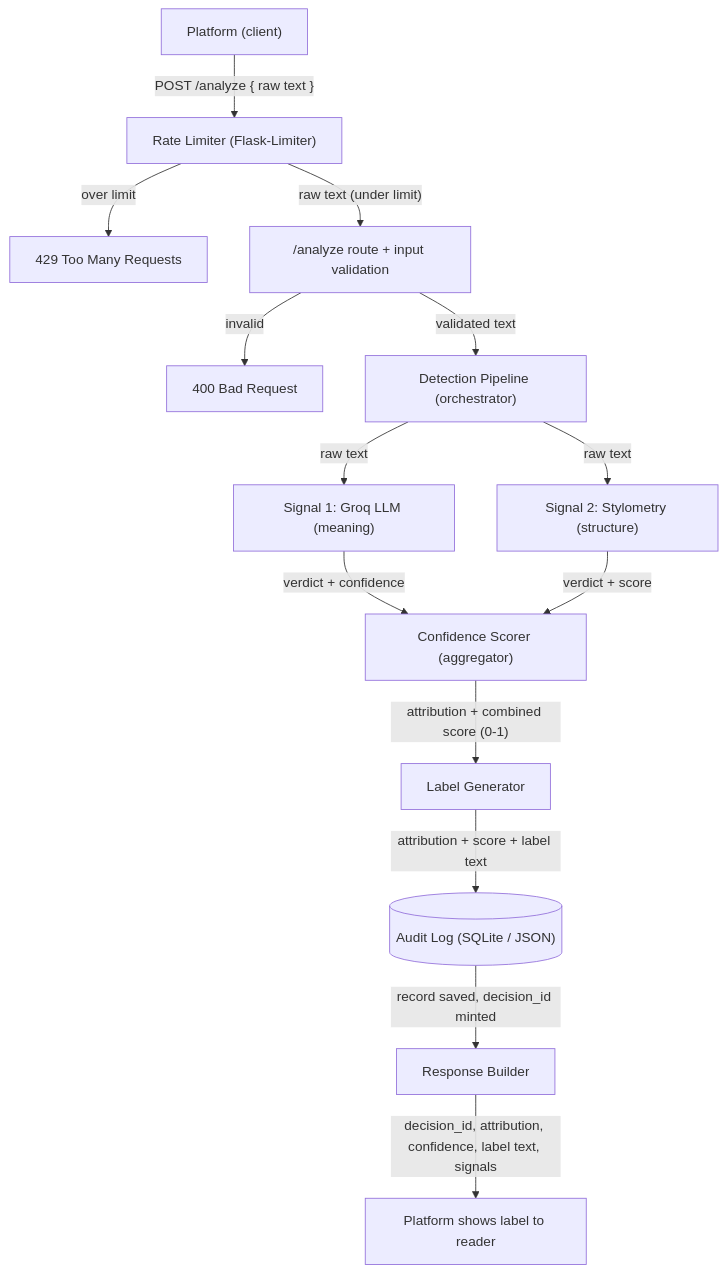
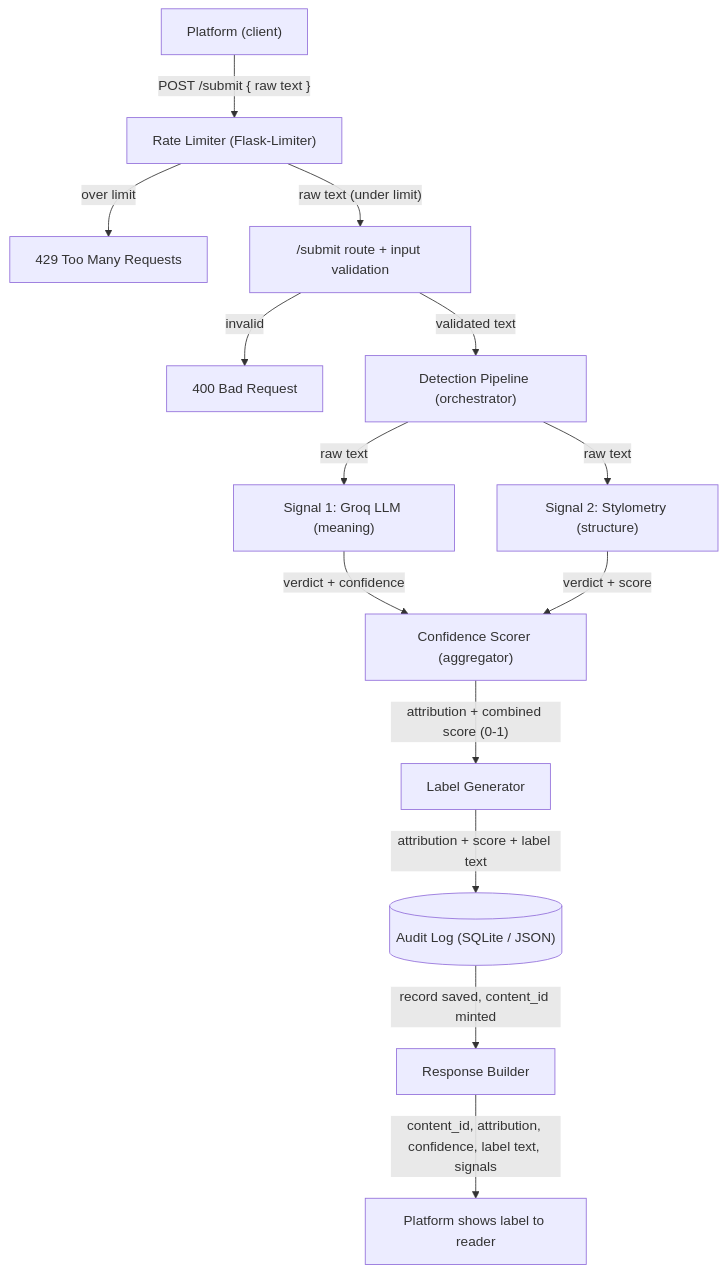
The first of 2 diagrams in planning.md (linneacastro/ai201-project4-provenance-guard), drawn with Mermaid before and after one commit. The commit also changed other lines of this file and 5 other files, not shown here.

````diff
--- a/planning.md
+++ b/planning.md
@@ -139,16 +160,16 @@
 ```mermaid
 flowchart TD
-    P["Platform (client)"] -->|"POST /analyze { raw text }"| RL["Rate Limiter (Flask-Limiter)"]
+    P["Platform (client)"] -->|"POST /submit { raw text }"| RL["Rate Limiter (Flask-Limiter)"]
     RL -->|"over limit"| E429["429 Too Many Requests"]
-    RL -->|"raw text (under limit)"| V["/analyze route + input validation"]
+    RL -->|"raw text (under limit)"| V["/submit route + input validation"]
     V -->|"invalid"| E400["400 Bad Request"]
     V -->|"validated text"| DP["Detection Pipeline (orchestrator)"]
     DP -->|"raw text"| S1["Signal 1: Groq LLM (meaning)"]
     DP -->|"raw text"| S2["Signal 2: Stylometry (structure)"]
     S1 -->|"verdict + confidence"| CS["Confidence Scorer (aggregator)"]
     S2 -->|"verdict + score"| CS
     CS -->|"attribution + combined score (0-1)"| LG["Label Generator"]
     LG -->|"attribution + score + label text"| AL[("Audit Log (SQLite / JSON)")]
-    AL -->|"record saved, decision_id minted"| RB["Response Builder"]
-    RB -->|"decision_id, attribution, confidence, label text, signals"| RESP["Platform shows label to reader"]
+    AL -->|"record saved, content_id minted"| RB["Response Builder"]
+    RB -->|"content_id, attribution, confidence, label text, signals"| RESP["Platform shows label to reader"]
 ```
````
